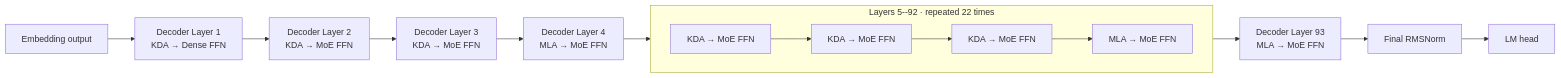
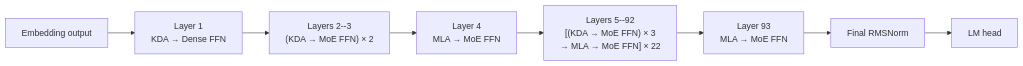
Before and after one commit to nano-infra/NanoEngine: the fourth of 4 diagrams in docs/blogs/dlengine-kda-evaluation.md, drawn with Mermaid. The commit also changed other lines of this file and 7 other files, not shown here.

````diff
--- a/docs/blogs/dlengine-kda-evaluation.md
+++ b/docs/blogs/dlengine-kda-evaluation.md
@@ -110,22 +110,11 @@
 ```mermaid
 flowchart LR
     X["Embedding output"]
-    X --> L1["Decoder Layer 1<br/>KDA → Dense FFN"]
-    L1 --> L2["Decoder Layer 2<br/>KDA → MoE FFN"]
-    L2 --> L3["Decoder Layer 3<br/>KDA → MoE FFN"]
-    L3 --> L4["Decoder Layer 4<br/>MLA → MoE FFN"]
-
-    subgraph HB["Layers 5--92 · repeated 22 times"]
-        direction LR
-        K1["KDA → MoE FFN"]
-        K2["KDA → MoE FFN"]
-        K3["KDA → MoE FFN"]
-        M1["MLA → MoE FFN"]
-        K1 --> K2 --> K3 --> M1
-    end
-
-    L4 --> K1
-    M1 --> L93["Decoder Layer 93<br/>MLA → MoE FFN"]
+    X --> L1["Layer 1<br/>KDA → Dense FFN"]
+    L1 --> K2["Layers 2--3<br/>(KDA → MoE FFN) × 2"]
+    K2 --> M4["Layer 4<br/>MLA → MoE FFN"]
+    M4 --> REP["Layers 5--92<br/>[(KDA → MoE FFN) × 3<br/>→ MLA → MoE FFN] × 22"]
+    REP --> L93["Layer 93<br/>MLA → MoE FFN"]
     L93 --> N["Final RMSNorm"]
     N --> HEAD["LM head"]
 ```
````
